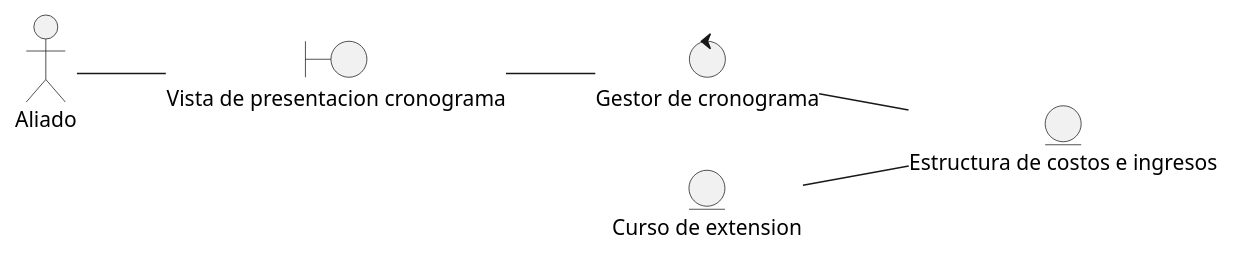
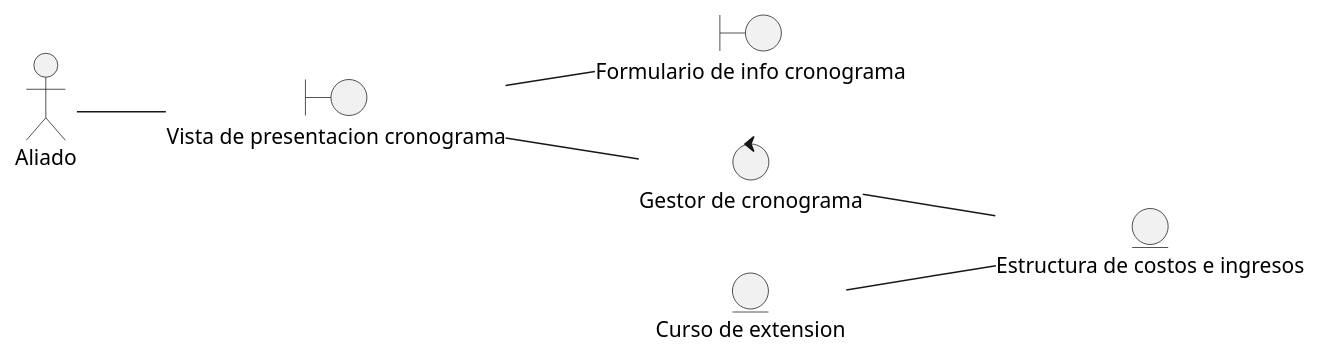
One commit to Samantha-Ramirez/ProyectoEquipo7ING changed the diagram in docs/scenariosView/DisciplinaDeAnalisisDiagramaDeClasePresentarEstructura.plantuml. Above: the diagram before and after it, drawn with PlantUML. The commit also changed 8 other files, not shown here.

```diff
--- a/docs/scenariosView/DisciplinaDeAnalisisDiagramaDeClasePresentarEstructura.plantuml
+++ b/docs/scenariosView/DisciplinaDeAnalisisDiagramaDeClasePresentarEstructura.plantuml
@@ -1,18 +1,21 @@
 @startuml DisciplinaDeAnalisisDiagramaDeClasePresentarEstructura
 left to right direction
 
 actor "Aliado" as actorAliado
 
 entity "Estructura de costos e ingresos" as entidadEstructura
 entity "Curso de extension" as entidadCursoExtension
 
 boundary "Vista de presentacion cronograma" as vistaPresentacionEstructura
+boundary "Formulario de info cronograma" as vistaFormularioInfo
 
 control "Gestor de cronograma" as ctrlGestorEstructura
 
 actorAliado -- vistaPresentacionEstructura
+vistaPresentacionEstructura -- vistaFormularioInfo
+
 vistaPresentacionEstructura -- ctrlGestorEstructura
 ctrlGestorEstructura -- entidadEstructura
 entidadCursoExtension -- entidadEstructura
 
 @enduml
```
